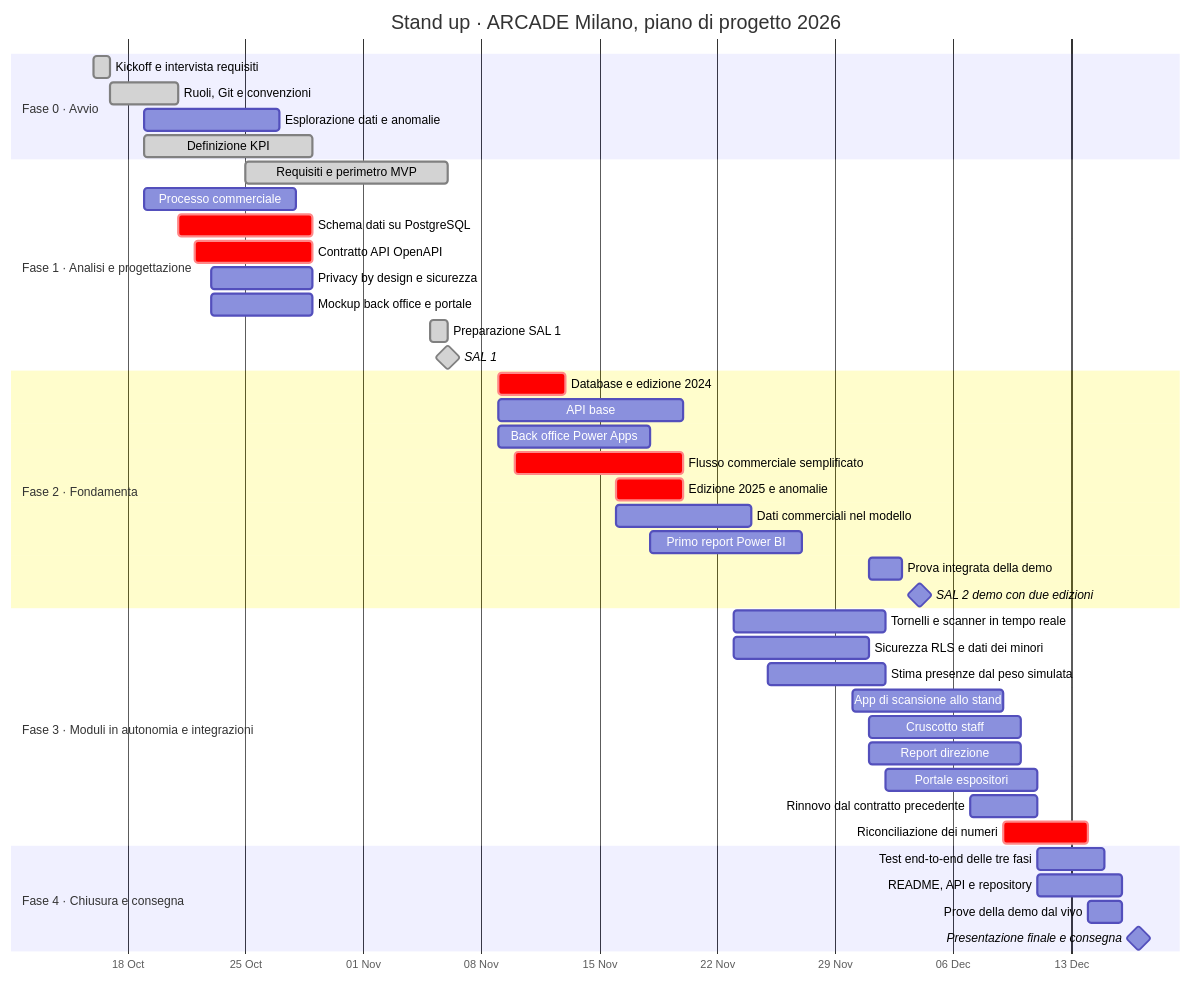
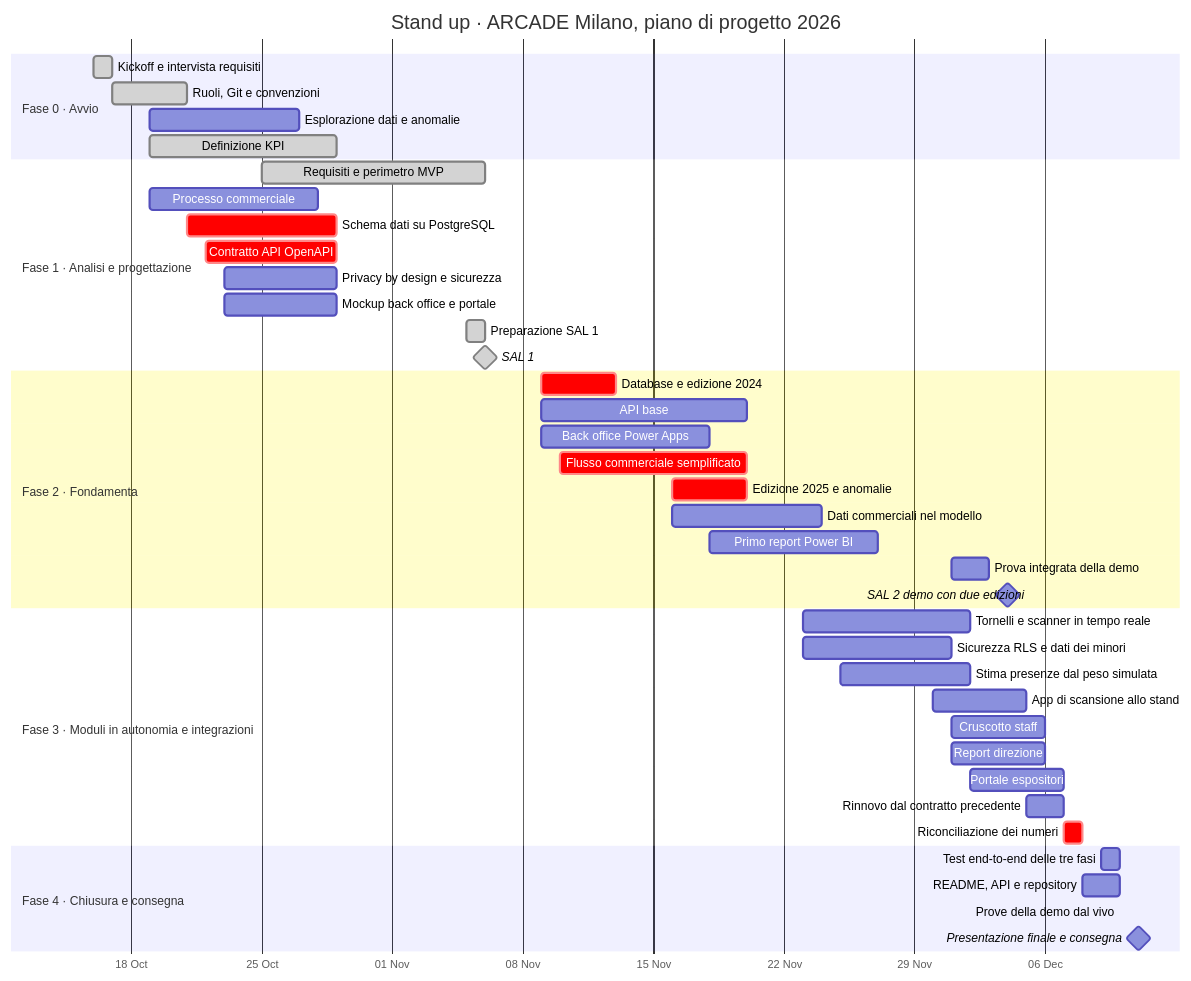
The fifth of 5 diagrams in README.md (stand-up-arcade-milan/Standup-platform), drawn with Mermaid before and after one commit. The commit also changed other lines of this file and 2 other files, not shown here.

Commit message:
docs: anticipa la presentazione finale al 11 dicembre 2026, comprime il Gantt (#76)

````diff
--- a/README.md
+++ b/README.md
@@ -403,50 +403,50 @@
 ```mermaid
 gantt
     title Stand up · ARCADE Milano, piano di progetto 2026
     dateFormat YYYY-MM-DD
     axisFormat %d %b
 
     section Fase 0 · Avvio
     Kickoff e intervista requisiti        :done, a1, 2026-10-16, 1d
     Ruoli, Git e convenzioni              :done, a2, 2026-10-17, 2026-10-21
     Esplorazione dati e anomalie          :a3, 2026-10-19, 2026-10-27
     Definizione KPI                       :done, a4, 2026-10-19, 2026-10-29
 
     section Fase 1 · Analisi e progettazione
     Requisiti e perimetro MVP             :done, b0, 2026-10-25, 2026-11-06
     Processo commerciale                  :b1, 2026-10-19, 2026-10-28
     Schema dati su PostgreSQL             :crit, b2, 2026-10-21, 2026-10-29
     Contratto API OpenAPI                 :crit, b3, 2026-10-22, 2026-10-29
     Privacy by design e sicurezza         :b4, 2026-10-23, 2026-10-29
     Mockup back office e portale          :b5, 2026-10-23, 2026-10-29
     Preparazione SAL 1                    :done, b6, 2026-11-05, 2026-11-06
     SAL 1                                 :done, milestone, m1, 2026-11-06, 0d
 
     section Fase 2 · Fondamenta
     Database e edizione 2024              :crit, c1, 2026-11-09, 2026-11-13
     API base                              :c3, 2026-11-09, 2026-11-20
     Back office Power Apps                :c4, 2026-11-09, 2026-11-18
     Flusso commerciale semplificato       :crit, c5, 2026-11-10, 2026-11-20
     Edizione 2025 e anomalie              :crit, c2, 2026-11-16, 2026-11-20
     Dati commerciali nel modello          :c7, 2026-11-16, 2026-11-24
     Primo report Power BI                 :c6, 2026-11-18, 2026-11-27
     Prova integrata della demo            :c8, 2026-12-01, 2026-12-03
     SAL 2 demo con due edizioni           :milestone, m3, 2026-12-04, 0d
 
     section Fase 3 · Moduli in autonomia e integrazioni
     Tornelli e scanner in tempo reale     :d1, 2026-11-23, 2026-12-02
     Sicurezza RLS e dati dei minori       :d5, 2026-11-23, 2026-12-01
     Stima presenze dal peso simulata      :d9, 2026-11-25, 2026-12-02
-    App di scansione allo stand           :d2, 2026-11-30, 2026-12-09
-    Cruscotto staff                       :d3, 2026-12-01, 2026-12-10
-    Report direzione                      :d4, 2026-12-01, 2026-12-10
-    Portale espositori                    :d6, 2026-12-02, 2026-12-11
-    Rinnovo dal contratto precedente      :d7, 2026-12-07, 2026-12-11
-    Riconciliazione dei numeri            :crit, d8, 2026-12-09, 2026-12-14
+    App di scansione allo stand           :d2, 2026-11-30, 2026-12-05
+    Cruscotto staff                       :d3, 2026-12-01, 2026-12-06
+    Report direzione                      :d4, 2026-12-01, 2026-12-06
+    Portale espositori                    :d6, 2026-12-02, 2026-12-07
+    Rinnovo dal contratto precedente      :d7, 2026-12-05, 2026-12-07
+    Riconciliazione dei numeri            :crit, d8, 2026-12-07, 2026-12-08
 
     section Fase 4 · Chiusura e consegna
-    Test end-to-end delle tre fasi        :e1, 2026-12-11, 2026-12-15
-    README, API e repository              :e2, 2026-12-11, 2026-12-16
-    Prove della demo dal vivo             :e3, 2026-12-14, 2026-12-16
-    Presentazione finale e consegna       :milestone, m4, 2026-12-17, 0d
+    Test end-to-end delle tre fasi        :e1, 2026-12-09, 2026-12-10
+    README, API e repository              :e2, 2026-12-08, 2026-12-10
+    Prove della demo dal vivo             :e3, 2026-12-10, 2026-12-10
+    Presentazione finale e consegna       :milestone, m4, 2026-12-11, 0d
 ```
````
